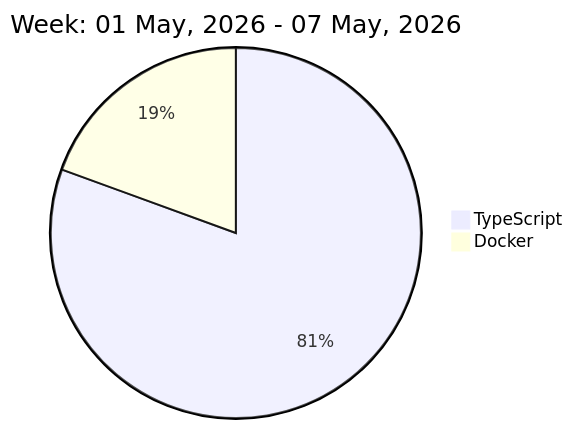
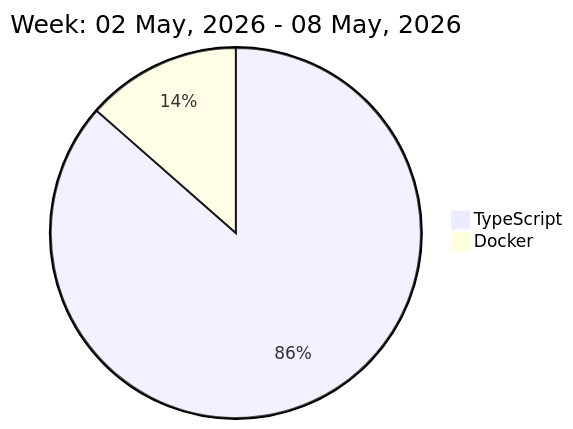
One commit to liubin95/liubin95 changed the diagram in README.md. Above: the diagram before and after it, drawn with Mermaid.

Commit message:
Updated the Graph with new Metrics

````diff
--- a/README.md
+++ b/README.md
@@ -32,6 +32,6 @@
 ```mermaid
  pie
-title Week: 01 May, 2026 - 07 May, 2026
- "TypeScript" : 5.1
- "Docker" : 1.23
+title Week: 02 May, 2026 - 08 May, 2026
+ "TypeScript" : 8.18
+ "Docker" : 1.28
 ```
````
